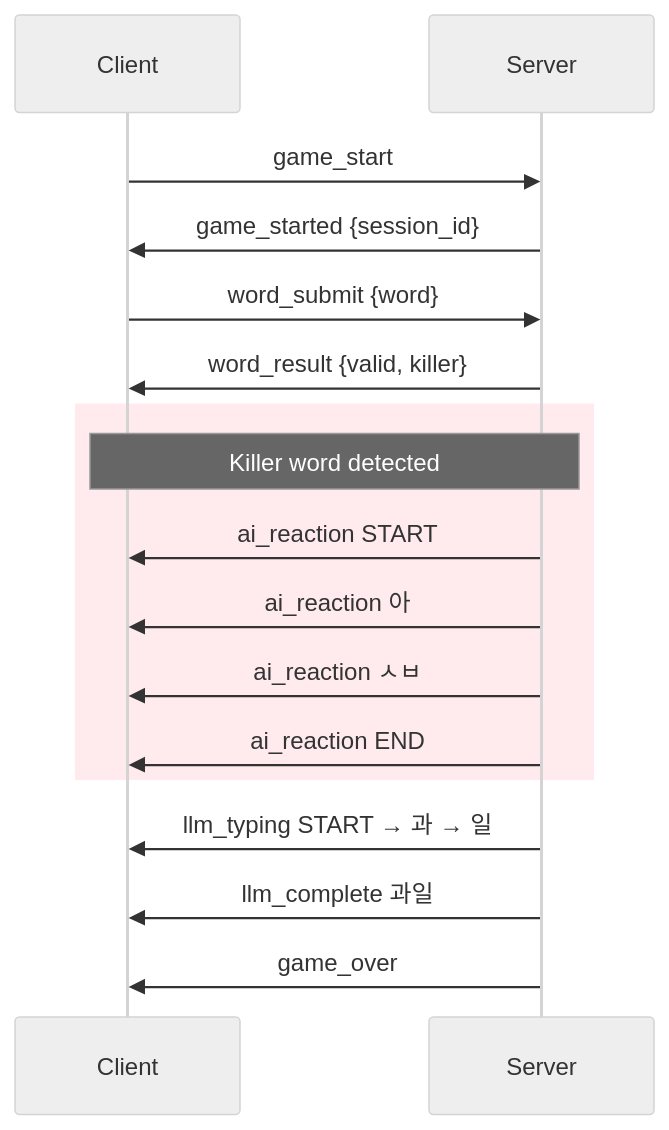
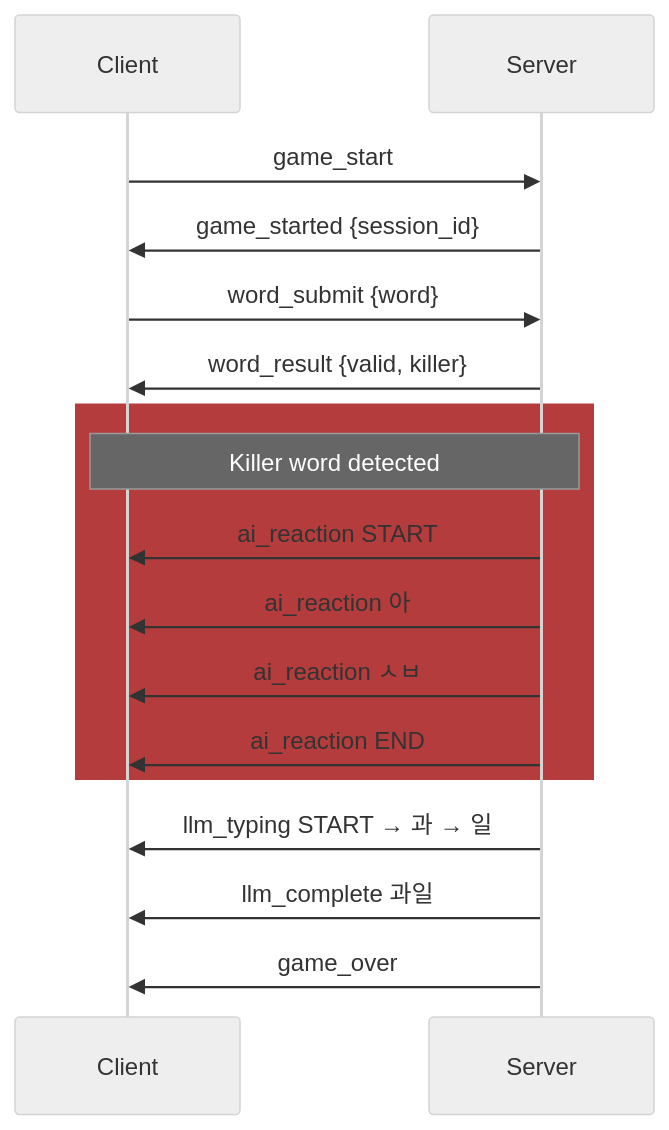
One commit to Technoetic/word-chain-game changed the sixth of 7 diagrams in README.md. Above: the diagram before and after it, drawn with Mermaid (neutral theme).

Commit message:
README: darken killer word section in sequence diagram

````diff
--- a/README.md
+++ b/README.md
@@ -98,24 +98,24 @@
 ```mermaid
 sequenceDiagram
     participant C as Client
     participant S as Server
 
     C->>S: game_start
     S->>C: game_started {session_id}
 
     C->>S: word_submit {word}
     S->>C: word_result {valid, killer}
 
-    rect rgb(255, 235, 238)
+    rect rgb(180, 60, 60)
         Note over C,S: Killer word detected
         S->>C: ai_reaction START
         S->>C: ai_reaction 아
         S->>C: ai_reaction ㅅㅂ
         S->>C: ai_reaction END
     end
 
     S->>C: llm_typing START → 과 → 일
     S->>C: llm_complete 과일
 
     S->>C: game_over
 ```
````
